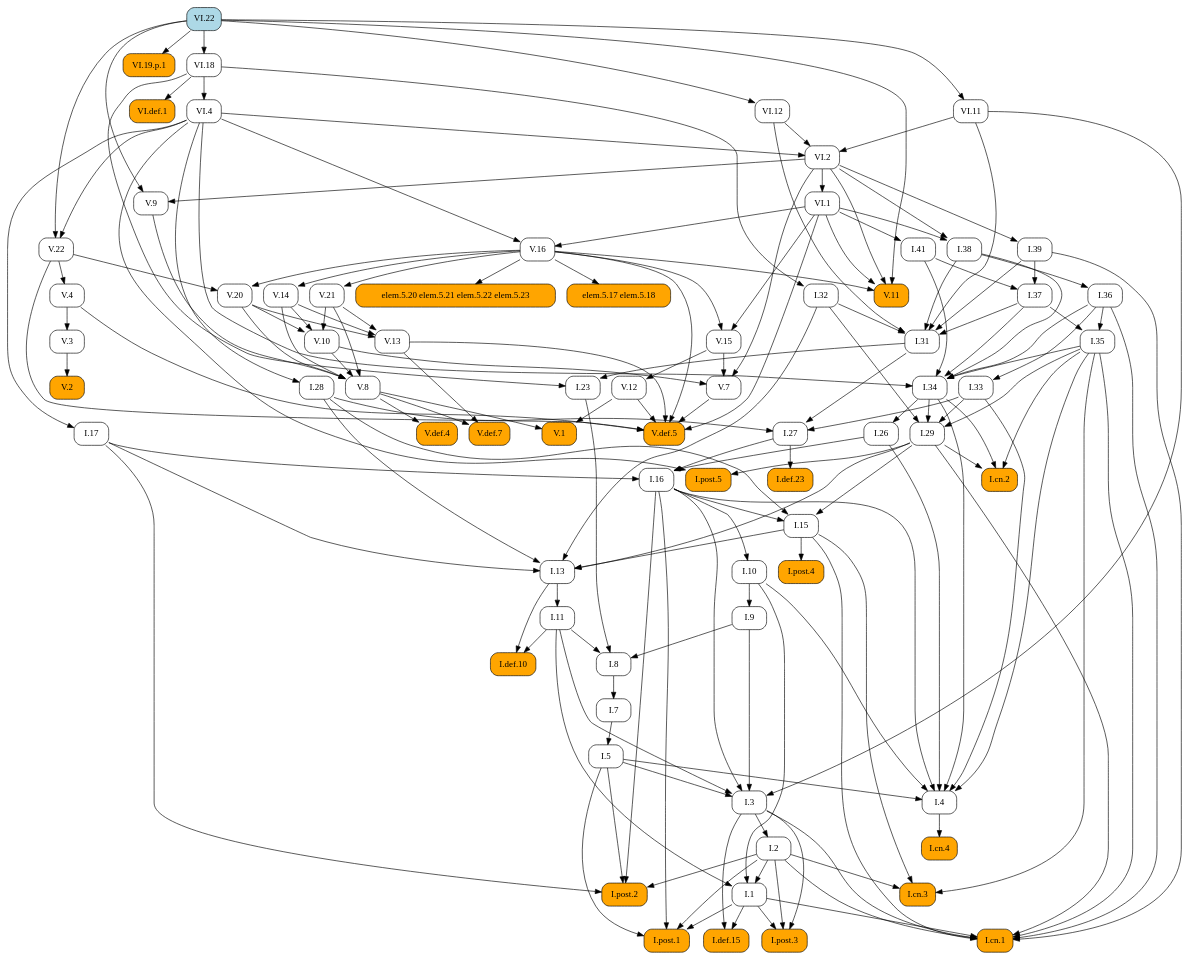
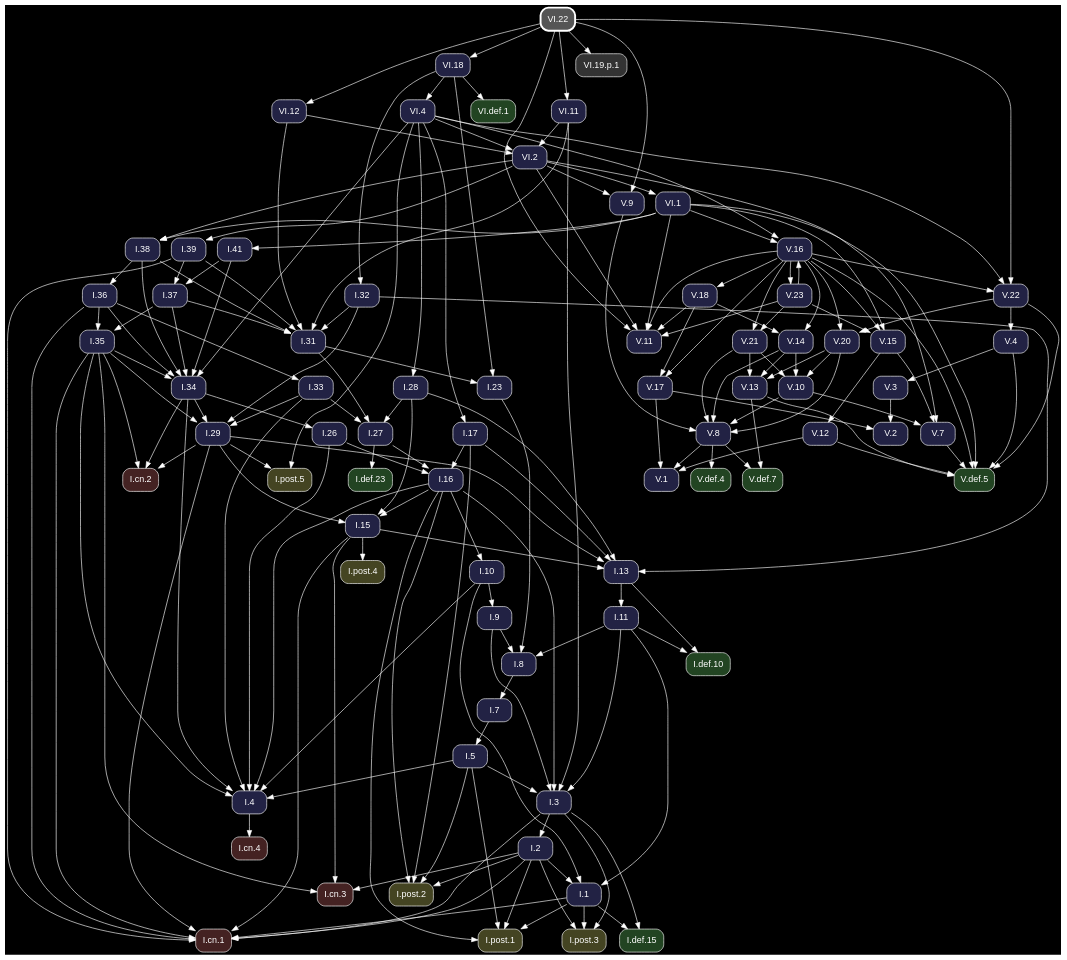
The diagram in docsrc/heath/VI/22/index.rst (geometor/elements), drawn with Graphviz before and after one commit. The commit also changed other lines of this file and 1200 other files, not shown here.

Commit message:
update dependency graphs

```diff
--- a/docsrc/heath/VI/22/index.rst
+++ b/docsrc/heath/VI/22/index.rst
@@ -90,195 +90,87 @@
 .. graphviz::
 
    digraph {
+     bgcolor="black";
+     node [shape=box, style="rounded,filled", fontname="Helvetica", color="white", fontcolor="white"];
+     edge [color="white", fontcolor="white"];
      rankdir="TB";
-     node [shape=box, style=rounded];
-     "I.23" [URL="/heath/I/23/", target="_top"];
-     "I.9" [URL="/heath/I/9/", target="_top"];
-     "VI.def.1" [style="rounded,filled", fillcolor=orange, URL="/heath/VI/def.1/", target="_top"];
-     "V.13" [URL="/heath/V/13/", target="_top"];
-     "I.def.15" [style="rounded,filled", fillcolor=orange, URL="/heath/I/def.15/", target="_top"];
-     "V.7" [URL="/heath/V/7/", target="_top"];
-     "elem.5.17 elem.5.18" [style="rounded,filled", fillcolor=orange];
-     "I.post.1" [style="rounded,filled", fillcolor=orange, URL="/heath/I/post.1/", target="_top"];
-     "V.14" [URL="/heath/V/14/", target="_top"];
-     "V.9" [URL="/heath/V/9/", target="_top"];
-     "I.31" [URL="/heath/I/31/", target="_top"];
-     "V.10" [URL="/heath/V/10/", target="_top"];
-     "I.def.10" [style="rounded,filled", fillcolor=orange, URL="/heath/I/def.10/", target="_top"];
-     "V.4" [URL="/heath/V/4/", target="_top"];
-     "VI.1" [URL="/heath/VI/1/", target="_top"];
-     "I.39" [URL="/heath/I/39/", target="_top"];
-     "V.11" [style="rounded,filled", fillcolor=orange, URL="/heath/V/11/", target="_top"];
-     "I.34" [URL="/heath/I/34/", target="_top"];
-     "I.3" [URL="/heath/I/3/", target="_top"];
-     "V.def.4" [style="rounded,filled", fillcolor=orange, URL="/heath/V/def.4/", target="_top"];
-     "V.def.7" [style="rounded,filled", fillcolor=orange, URL="/heath/V/def.7/", target="_top"];
-     "I.2" [URL="/heath/I/2/", target="_top"];
-     "V.21" [URL="/heath/V/21/", target="_top"];
-     "V.3" [URL="/heath/V/3/", target="_top"];
-     "I.13" [URL="/heath/I/13/", target="_top"];
-     "I.post.4" [style="rounded,filled", fillcolor=orange, URL="/heath/I/post.4/", target="_top"];
-     "I.4" [URL="/heath/I/4/", target="_top"];
-     "I.1" [URL="/heath/I/1/", target="_top"];
-     "I.8" [URL="/heath/I/8/", target="_top"];
-     "I.17" [URL="/heath/I/17/", target="_top"];
-     "VI.22" [style="rounded,filled", fillcolor=lightblue, URL="/heath/VI/22/", target="_top"];
-     "I.29" [URL="/heath/I/29/", target="_top"];
-     "V.8" [URL="/heath/V/8/", target="_top"];
-     "I.38" [URL="/heath/I/38/", target="_top"];
-     "I.15" [URL="/heath/I/15/", target="_top"];
-     "I.10" [URL="/heath/I/10/", target="_top"];
-     "I.11" [URL="/heath/I/11/", target="_top"];
-     "I.def.23" [style="rounded,filled", fillcolor=orange, URL="/heath/I/def.23/", target="_top"];
-     "VI.4" [URL="/heath/VI/4/", target="_top"];
-     "I.26" [URL="/heath/I/26/", target="_top"];
-     "V.16" [URL="/heath/V/16/", target="_top"];
-     "I.33" [URL="/heath/I/33/", target="_top"];
-     "I.32" [URL="/heath/I/32/", target="_top"];
-     "I.post.3" [style="rounded,filled", fillcolor=orange, URL="/heath/I/post.3/", target="_top"];
-     "V.def.5" [style="rounded,filled", fillcolor=orange, URL="/heath/V/def.5/", target="_top"];
-     "V.20" [URL="/heath/V/20/", target="_top"];
-     "I.27" [URL="/heath/I/27/", target="_top"];
-     "V.12" [URL="/heath/V/12/", target="_top"];
-     "V.2" [style="rounded,filled", fillcolor=orange, URL="/heath/V/2/", target="_top"];
-     "I.cn.1" [style="rounded,filled", fillcolor=orange, URL="/heath/I/cn.1/", target="_top"];
-     "I.35" [URL="/heath/I/35/", target="_top"];
-     "I.7" [URL="/heath/I/7/", target="_top"];
-     "I.36" [URL="/heath/I/36/", target="_top"];
-     "I.5" [URL="/heath/I/5/", target="_top"];
-     "I.37" [URL="/heath/I/37/", target="_top"];
-     "VI.19.p.1" [style="rounded,filled", fillcolor=orange];
-     "I.cn.3" [style="rounded,filled", fillcolor=orange, URL="/heath/I/cn.3/", target="_top"];
-     "I.16" [URL="/heath/I/16/", target="_top"];
-     "VI.18" [URL="/heath/VI/18/", target="_top"];
-     "V.22" [URL="/heath/V/22/", target="_top"];
-     "V.1" [style="rounded,filled", fillcolor=orange, URL="/heath/V/1/", target="_top"];
-     "VI.12" [URL="/heath/VI/12/", target="_top"];
-     "I.cn.2" [style="rounded,filled", fillcolor=orange, URL="/heath/I/cn.2/", target="_top"];
-     "I.post.5" [style="rounded,filled", fillcolor=orange, URL="/heath/I/post.5/", target="_top"];
-     "VI.2" [URL="/heath/VI/2/", target="_top"];
-     "I.28" [URL="/heath/I/28/", target="_top"];
-     "I.cn.4" [style="rounded,filled", fillcolor=orange, URL="/heath/I/cn.4/", target="_top"];
-     "I.post.2" [style="rounded,filled", fillcolor=orange, URL="/heath/I/post.2/", target="_top"];
-     "I.41" [URL="/heath/I/41/", target="_top"];
-     "V.15" [URL="/heath/V/15/", target="_top"];
-     "VI.11" [URL="/heath/VI/11/", target="_top"];
-     "elem.5.20 elem.5.21 elem.5.22 elem.5.23" [style="rounded,filled", fillcolor=orange];
-     "I.31" -> "I.23";
-     "VI.18" -> "I.23";
-     "I.10" -> "I.9";
-     "VI.18" -> "VI.def.1";
-     "V.14" -> "V.13";
-     "V.20" -> "V.13";
-     "V.21" -> "V.13";
-     "I.1" -> "I.def.15";
-     "I.3" -> "I.def.15";
-     "V.10" -> "V.7";
-     "V.15" -> "V.7";
-     "VI.2" -> "V.7";
-     "V.16" -> "elem.5.17 elem.5.18";
-     "I.1" -> "I.post.1";
-     "I.2" -> "I.post.1";
-     "I.5" -> "I.post.1";
-     "I.16" -> "I.post.1";
-     "V.16" -> "V.14";
-     "VI.2" -> "V.9";
-     "VI.22" -> "V.9";
-     "I.32" -> "I.31";
-     "I.37" -> "I.31";
-     "I.38" -> "I.31";
-     "I.39" -> "I.31";
-     "VI.11" -> "I.31";
-     "VI.12" -> "I.31";
-     "V.14" -> "V.10";
-     "V.20" -> "V.10";
-     "V.21" -> "V.10";
-     "I.11" -> "I.def.10";
-     "I.13" -> "I.def.10";
-     "V.22" -> "V.4";
-     "VI.2" -> "VI.1";
-     "VI.2" -> "I.39";
-     "V.16" -> "V.11";
-     "VI.1" -> "V.11";
-     "VI.2" -> "V.11";
-     "VI.22" -> "V.11";
-     "I.35" -> "I.34";
-     "I.36" -> "I.34";
-     "I.37" -> "I.34";
-     "I.38" -> "I.34";
-     "I.41" -> "I.34";
-     "VI.4" -> "I.34";
-     "I.5" -> "I.3";
-     "I.9" -> "I.3";
-     "I.11" -> "I.3";
-     "I.16" -> "I.3";
-     "VI.11" -> "I.3";
-     "V.8" -> "V.def.4";
-     "V.8" -> "V.def.7";
-     "V.13" -> "V.def.7";
-     "I.3" -> "I.2";
-     "V.16" -> "V.21";
-     "V.4" -> "V.3";
-     "I.15" -> "I.13";
-     "I.17" -> "I.13";
-     "I.28" -> "I.13";
-     "I.29" -> "I.13";
-     "I.32" -> "I.13";
-     "I.15" -> "I.post.4";
-     "I.5" -> "I.4";
-     "I.10" -> "I.4";
-     "I.16" -> "I.4";
-     "I.26" -> "I.4";
-     "I.33" -> "I.4";
-     "I.34" -> "I.4";
-     "I.35" -> "I.4";
-     "I.2" -> "I.1";
-     "I.10" -> "I.1";
-     "I.11" -> "I.1";
-     "I.9" -> "I.8";
-     "I.11" -> "I.8";
-     "I.23" -> "I.8";
-     "VI.4" -> "I.17";
-     "I.32" -> "I.29";
-     "I.33" -> "I.29";
-     "I.34" -> "I.29";
-     "I.35" -> "I.29";
-     "V.9" -> "V.8";
-     "V.10" -> "V.8";
-     "V.14" -> "V.8";
-     "V.20" -> "V.8";
-     "V.21" -> "V.8";
-     "VI.1" -> "I.38";
-     "VI.2" -> "I.38";
-     "I.16" -> "I.15";
-     "I.28" -> "I.15";
-     "I.29" -> "I.15";
-     "I.16" -> "I.10";
-     "I.13" -> "I.11";
-     "I.27" -> "I.def.23";
-     "VI.18" -> "VI.4";
-     "I.34" -> "I.26";
-     "VI.1" -> "V.16";
-     "VI.4" -> "V.16";
-     "I.36" -> "I.33";
+     "V.15" [fillcolor="#222244", URL="/heath/V/15/", target="_top"];
+     "I.32" [fillcolor="#222244", URL="/heath/I/32/", target="_top"];
+     "I.cn.1" [fillcolor="#442222", URL="/heath/I/cn.1/", target="_top"];
+     "V.18" [fillcolor="#222244", URL="/heath/V/18/", target="_top"];
+     "V.14" [fillcolor="#222244", URL="/heath/V/14/", target="_top"];
+     "I.28" [fillcolor="#222244", URL="/heath/I/28/", target="_top"];
+     "I.27" [fillcolor="#222244", URL="/heath/I/27/", target="_top"];
+     "V.23" [fillcolor="#222244", URL="/heath/V/23/", target="_top"];
+     "I.2" [fillcolor="#222244", URL="/heath/I/2/", target="_top"];
+     "I.41" [fillcolor="#222244", URL="/heath/I/41/", target="_top"];
+     "I.post.4" [fillcolor="#444422", URL="/heath/I/post.4/", target="_top"];
+     "I.26" [fillcolor="#222244", URL="/heath/I/26/", target="_top"];
+     "I.8" [fillcolor="#222244", URL="/heath/I/8/", target="_top"];
+     "V.4" [fillcolor="#222244", URL="/heath/V/4/", target="_top"];
+     "V.16" [fillcolor="#222244", URL="/heath/V/16/", target="_top"];
+     "VI.2" [fillcolor="#222244", URL="/heath/VI/2/", target="_top"];
+     "I.7" [fillcolor="#222244", URL="/heath/I/7/", target="_top"];
+     "I.5" [fillcolor="#222244", URL="/heath/I/5/", target="_top"];
+     "VI.22" [penwidth=3, color="white", fillcolor="#555555", URL="/heath/VI/22/", target="_top"];
+     "V.11" [fillcolor="#222244", URL="/heath/V/11/", target="_top"];
+     "V.def.4" [fillcolor="#224422", URL="/heath/V/def.4/", target="_top"];
+     "V.20" [fillcolor="#222244", URL="/heath/V/20/", target="_top"];
+     "I.11" [fillcolor="#222244", URL="/heath/I/11/", target="_top"];
+     "I.37" [fillcolor="#222244", URL="/heath/I/37/", target="_top"];
+     "I.cn.3" [fillcolor="#442222", URL="/heath/I/cn.3/", target="_top"];
+     "I.36" [fillcolor="#222244", URL="/heath/I/36/", target="_top"];
+     "I.38" [fillcolor="#222244", URL="/heath/I/38/", target="_top"];
+     "I.post.2" [fillcolor="#444422", URL="/heath/I/post.2/", target="_top"];
+     "I.def.23" [fillcolor="#224422", URL="/heath/I/def.23/", target="_top"];
+     "I.35" [fillcolor="#222244", URL="/heath/I/35/", target="_top"];
+     "I.post.3" [fillcolor="#444422", URL="/heath/I/post.3/", target="_top"];
+     "V.13" [fillcolor="#222244", URL="/heath/V/13/", target="_top"];
+     "VI.11" [fillcolor="#222244", URL="/heath/VI/11/", target="_top"];
+     "V.8" [fillcolor="#222244", URL="/heath/V/8/", target="_top"];
+     "I.33" [fillcolor="#222244", URL="/heath/I/33/", target="_top"];
+     "V.10" [fillcolor="#222244", URL="/heath/V/10/", target="_top"];
+     "I.17" [fillcolor="#222244", URL="/heath/I/17/", target="_top"];
+     "V.def.5" [fillcolor="#224422", URL="/heath/V/def.5/", target="_top"];
+     "V.22" [fillcolor="#222244", URL="/heath/V/22/", target="_top"];
+     "I.31" [fillcolor="#222244", URL="/heath/I/31/", target="_top"];
+     "I.3" [fillcolor="#222244", URL="/heath/I/3/", target="_top"];
+     "V.12" [fillcolor="#222244", URL="/heath/V/12/", target="_top"];
+     "I.def.10" [fillcolor="#224422", URL="/heath/I/def.10/", target="_top"];
+     "I.15" [fillcolor="#222244", URL="/heath/I/15/", target="_top"];
+     "I.39" [fillcolor="#222244", URL="/heath/I/39/", target="_top"];
+     "I.13" [fillcolor="#222244", URL="/heath/I/13/", target="_top"];
+     "VI.18" [fillcolor="#222244", URL="/heath/VI/18/", target="_top"];
+     "I.cn.2" [fillcolor="#442222", URL="/heath/I/cn.2/", target="_top"];
+     "I.9" [fillcolor="#222244", URL="/heath/I/9/", target="_top"];
+     "VI.19.p.1" [fillcolor="#333333"];
+     "VI.def.1" [fillcolor="#224422", URL="/heath/VI/def.1/", target="_top"];
+     "I.post.5" [fillcolor="#444422", URL="/heath/I/post.5/", target="_top"];
+     "I.1" [fillcolor="#222244", URL="/heath/I/1/", target="_top"];
+     "I.23" [fillcolor="#222244", URL="/heath/I/23/", target="_top"];
+     "I.4" [fillcolor="#222244", URL="/heath/I/4/", target="_top"];
+     "VI.4" [fillcolor="#222244", URL="/heath/VI/4/", target="_top"];
+     "V.7" [fillcolor="#222244", URL="/heath/V/7/", target="_top"];
+     "VI.12" [fillcolor="#222244", URL="/heath/VI/12/", target="_top"];
+     "V.9" [fillcolor="#222244", URL="/heath/V/9/", target="_top"];
+     "VI.1" [fillcolor="#222244", URL="/heath/VI/1/", target="_top"];
+     "I.10" [fillcolor="#222244", URL="/heath/I/10/", target="_top"];
+     "V.def.7" [fillcolor="#224422", URL="/heath/V/def.7/", target="_top"];
+     "I.post.1" [fillcolor="#444422", URL="/heath/I/post.1/", target="_top"];
+     "I.16" [fillcolor="#222244", URL="/heath/I/16/", target="_top"];
+     "I.29" [fillcolor="#222244", URL="/heath/I/29/", target="_top"];
+     "I.cn.4" [fillcolor="#442222", URL="/heath/I/cn.4/", target="_top"];
+     "V.2" [fillcolor="#222244", URL="/heath/V/2/", target="_top"];
+     "V.1" [fillcolor="#222244", URL="/heath/V/1/", target="_top"];
+     "V.21" [fillcolor="#222244", URL="/heath/V/21/", target="_top"];
+     "I.34" [fillcolor="#222244", URL="/heath/I/34/", target="_top"];
+     "I.def.15" [fillcolor="#224422", URL="/heath/I/def.15/", target="_top"];
+     "V.3" [fillcolor="#222244", URL="/heath/V/3/", target="_top"];
+     "V.17" [fillcolor="#222244", URL="/heath/V/17/", target="_top"];
+     "V.16" -> "V.15";
+     "V.23" -> "V.15";
+     "VI.1" -> "V.15";
      "VI.18" -> "I.32";
-     "I.1" -> "I.post.3";
-     "I.2" -> "I.post.3";
-     "I.3" -> "I.post.3";
-     "V.4" -> "V.def.5";
-     "V.7" -> "V.def.5";
-     "V.12" -> "V.def.5";
-     "V.13" -> "V.def.5";
-     "V.16" -> "V.def.5";
-     "V.22" -> "V.def.5";
-     "VI.1" -> "V.def.5";
-     "V.16" -> "V.20";
-     "V.22" -> "V.20";
-     "I.28" -> "I.27";
-     "I.31" -> "I.27";
-     "I.33" -> "I.27";
-     "V.15" -> "V.12";
-     "V.3" -> "V.2";
      "I.1" -> "I.cn.1";
      "I.2" -> "I.cn.1";
      "I.3" -> "I.cn.1";
@@ -287,43 +179,165 @@
      "I.35" -> "I.cn.1";
      "I.36" -> "I.cn.1";
      "I.39" -> "I.cn.1";
-     "I.36" -> "I.35";
-     "I.37" -> "I.35";
+     "V.16" -> "V.18";
+     "V.16" -> "V.14";
+     "V.18" -> "V.14";
+     "VI.4" -> "I.28";
+     "I.28" -> "I.27";
+     "I.31" -> "I.27";
+     "I.33" -> "I.27";
+     "V.16" -> "V.23";
+     "I.3" -> "I.2";
+     "VI.1" -> "I.41";
+     "I.15" -> "I.post.4";
+     "I.34" -> "I.26";
+     "I.9" -> "I.8";
+     "I.11" -> "I.8";
+     "I.23" -> "I.8";
+     "V.22" -> "V.4";
+     "V.23" -> "V.16";
+     "VI.1" -> "V.16";
+     "VI.4" -> "V.16";
+     "VI.4" -> "VI.2";
+     "VI.11" -> "VI.2";
+     "VI.12" -> "VI.2";
      "I.8" -> "I.7";
-     "I.38" -> "I.36";
      "I.7" -> "I.5";
+     "V.16" -> "V.11";
+     "V.18" -> "V.11";
+     "V.23" -> "V.11";
+     "VI.1" -> "V.11";
+     "VI.2" -> "V.11";
+     "VI.22" -> "V.11";
+     "V.8" -> "V.def.4";
+     "V.16" -> "V.20";
+     "V.22" -> "V.20";
+     "I.13" -> "I.11";
      "I.39" -> "I.37";
      "I.41" -> "I.37";
-     "VI.22" -> "VI.19.p.1";
      "I.2" -> "I.cn.3";
      "I.15" -> "I.cn.3";
      "I.35" -> "I.cn.3";
-     "I.17" -> "I.16";
-     "I.26" -> "I.16";
-     "I.27" -> "I.16";
-     "VI.22" -> "VI.18";
-     "VI.4" -> "V.22";
-     "VI.22" -> "V.22";
-     "V.8" -> "V.1";
-     "V.12" -> "V.1";
-     "VI.22" -> "VI.12";
-     "I.29" -> "I.cn.2";
-     "I.34" -> "I.cn.2";
-     "I.35" -> "I.cn.2";
-     "I.29" -> "I.post.5";
-     "VI.4" -> "I.post.5";
-     "VI.4" -> "VI.2";
-     "VI.11" -> "VI.2";
-     "VI.12" -> "VI.2";
-     "VI.4" -> "I.28";
-     "I.4" -> "I.cn.4";
+     "I.38" -> "I.36";
+     "VI.1" -> "I.38";
+     "VI.2" -> "I.38";
      "I.2" -> "I.post.2";
      "I.5" -> "I.post.2";
      "I.16" -> "I.post.2";
      "I.17" -> "I.post.2";
-     "VI.1" -> "I.41";
-     "V.16" -> "V.15";
-     "VI.1" -> "V.15";
+     "I.27" -> "I.def.23";
+     "I.36" -> "I.35";
+     "I.37" -> "I.35";
+     "I.1" -> "I.post.3";
+     "I.2" -> "I.post.3";
+     "I.3" -> "I.post.3";
+     "V.14" -> "V.13";
+     "V.20" -> "V.13";
+     "V.21" -> "V.13";
      "VI.22" -> "VI.11";
-     "V.16" -> "elem.5.20 elem.5.21 elem.5.22 elem.5.23";
+     "V.9" -> "V.8";
+     "V.10" -> "V.8";
+     "V.14" -> "V.8";
+     "V.20" -> "V.8";
+     "V.21" -> "V.8";
+     "I.36" -> "I.33";
+     "V.14" -> "V.10";
+     "V.20" -> "V.10";
+     "V.21" -> "V.10";
+     "VI.4" -> "I.17";
+     "V.4" -> "V.def.5";
+     "V.7" -> "V.def.5";
+     "V.12" -> "V.def.5";
+     "V.13" -> "V.def.5";
+     "V.16" -> "V.def.5";
+     "V.22" -> "V.def.5";
+     "VI.1" -> "V.def.5";
+     "V.16" -> "V.22";
+     "VI.4" -> "V.22";
+     "VI.22" -> "V.22";
+     "I.32" -> "I.31";
+     "I.37" -> "I.31";
+     "I.38" -> "I.31";
+     "I.39" -> "I.31";
+     "VI.11" -> "I.31";
+     "VI.12" -> "I.31";
+     "I.5" -> "I.3";
+     "I.9" -> "I.3";
+     "I.11" -> "I.3";
+     "I.16" -> "I.3";
+     "VI.11" -> "I.3";
+     "V.15" -> "V.12";
+     "I.11" -> "I.def.10";
+     "I.13" -> "I.def.10";
+     "I.16" -> "I.15";
+     "I.28" -> "I.15";
+     "I.29" -> "I.15";
+     "VI.2" -> "I.39";
+     "I.15" -> "I.13";
+     "I.17" -> "I.13";
+     "I.28" -> "I.13";
+     "I.29" -> "I.13";
+     "I.32" -> "I.13";
+     "VI.22" -> "VI.18";
+     "I.29" -> "I.cn.2";
+     "I.34" -> "I.cn.2";
+     "I.35" -> "I.cn.2";
+     "I.10" -> "I.9";
+     "VI.22" -> "VI.19.p.1";
+     "VI.18" -> "VI.def.1";
+     "I.29" -> "I.post.5";
+     "VI.4" -> "I.post.5";
+     "I.2" -> "I.1";
+     "I.10" -> "I.1";
+     "I.11" -> "I.1";
+     "I.31" -> "I.23";
+     "VI.18" -> "I.23";
+     "I.5" -> "I.4";
+     "I.10" -> "I.4";
+     "I.16" -> "I.4";
+     "I.26" -> "I.4";
+     "I.33" -> "I.4";
+     "I.34" -> "I.4";
+     "I.35" -> "I.4";
+     "VI.18" -> "VI.4";
+     "V.10" -> "V.7";
+     "V.15" -> "V.7";
+     "VI.2" -> "V.7";
+     "VI.22" -> "VI.12";
+     "VI.2" -> "V.9";
+     "VI.22" -> "V.9";
+     "VI.2" -> "VI.1";
+     "I.16" -> "I.10";
+     "V.8" -> "V.def.7";
+     "V.13" -> "V.def.7";
+     "I.1" -> "I.post.1";
+     "I.2" -> "I.post.1";
+     "I.5" -> "I.post.1";
+     "I.16" -> "I.post.1";
+     "I.17" -> "I.16";
+     "I.26" -> "I.16";
+     "I.27" -> "I.16";
+     "I.32" -> "I.29";
+     "I.33" -> "I.29";
+     "I.34" -> "I.29";
+     "I.35" -> "I.29";
+     "I.4" -> "I.cn.4";
+     "V.3" -> "V.2";
+     "V.17" -> "V.2";
+     "V.8" -> "V.1";
+     "V.12" -> "V.1";
+     "V.17" -> "V.1";
+     "V.16" -> "V.21";
+     "V.23" -> "V.21";
+     "I.35" -> "I.34";
+     "I.36" -> "I.34";
+     "I.37" -> "I.34";
+     "I.38" -> "I.34";
+     "I.41" -> "I.34";
+     "VI.4" -> "I.34";
+     "I.1" -> "I.def.15";
+     "I.3" -> "I.def.15";
+     "V.4" -> "V.3";
+     "V.16" -> "V.17";
+     "V.18" -> "V.17";
    }
```
